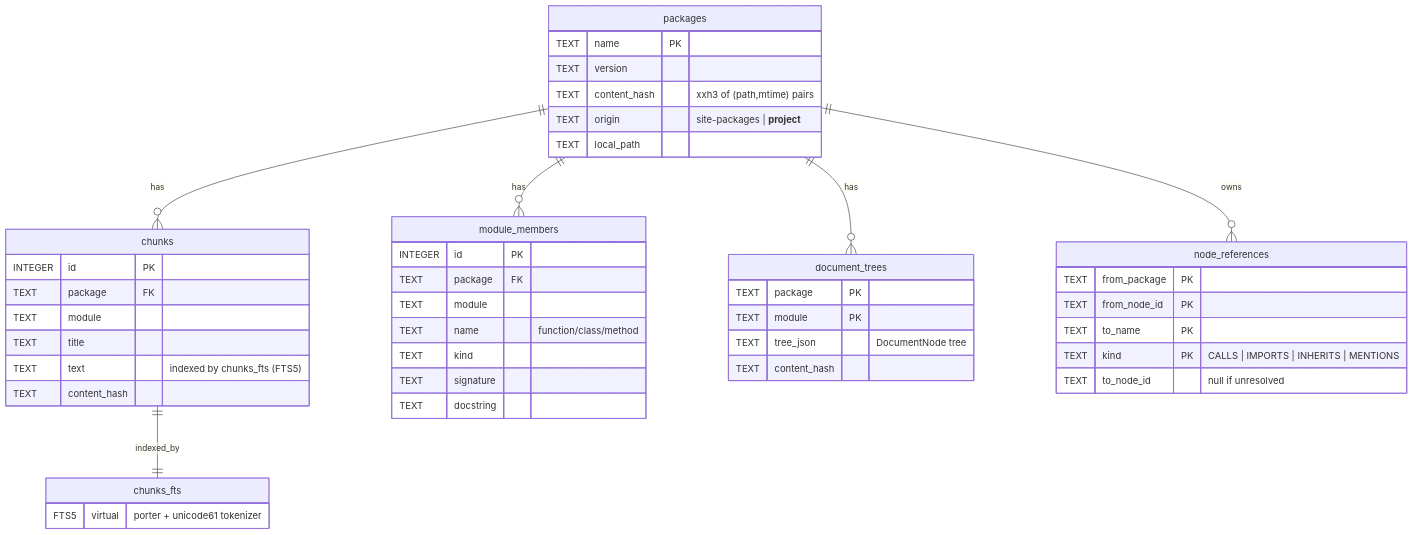
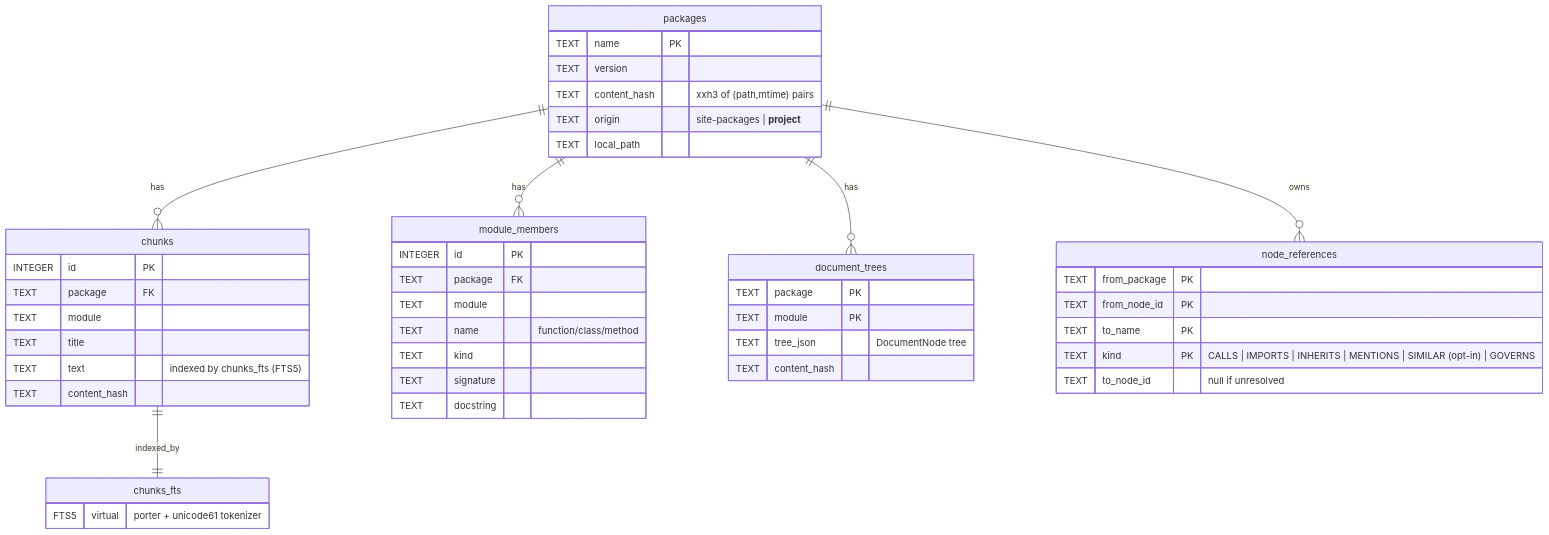
One commit to msobroza/pydocs-mcp changed the diagram in DOCUMENTATION.md. Above: the diagram before and after it, drawn with Mermaid. The commit also changed other lines of this file and 26 other files, not shown here.

````diff
--- a/DOCUMENTATION.md
+++ b/DOCUMENTATION.md
@@ -653,48 +718,48 @@
 ```mermaid
 erDiagram
     packages {
         TEXT name PK
         TEXT version
         TEXT content_hash "xxh3 of (path,mtime) pairs"
         TEXT origin "site-packages | __project__"
         TEXT local_path
     }
     chunks {
         INTEGER id PK
         TEXT package FK
         TEXT module
         TEXT title
         TEXT text "indexed by chunks_fts (FTS5)"
         TEXT content_hash
     }
     chunks_fts {
         FTS5 virtual "porter + unicode61 tokenizer"
     }
     module_members {
         INTEGER id PK
         TEXT package FK
         TEXT module
         TEXT name "function/class/method"
         TEXT kind
         TEXT signature
         TEXT docstring
     }
     document_trees {
         TEXT package PK
         TEXT module PK
         TEXT tree_json "DocumentNode tree"
         TEXT content_hash
     }
     node_references {
         TEXT from_package PK
         TEXT from_node_id PK
         TEXT to_name PK
-        TEXT kind PK "CALLS | IMPORTS | INHERITS | MENTIONS"
+        TEXT kind PK "CALLS | IMPORTS | INHERITS | MENTIONS | SIMILAR (opt-in) | GOVERNS"
         TEXT to_node_id "null if unresolved"
     }
     packages ||--o{ chunks                : has
     packages ||--o{ module_members        : has
     packages ||--o{ document_trees        : has
     packages ||--o{ node_references       : owns
     chunks   ||--|| chunks_fts            : indexed_by
 ```
````
